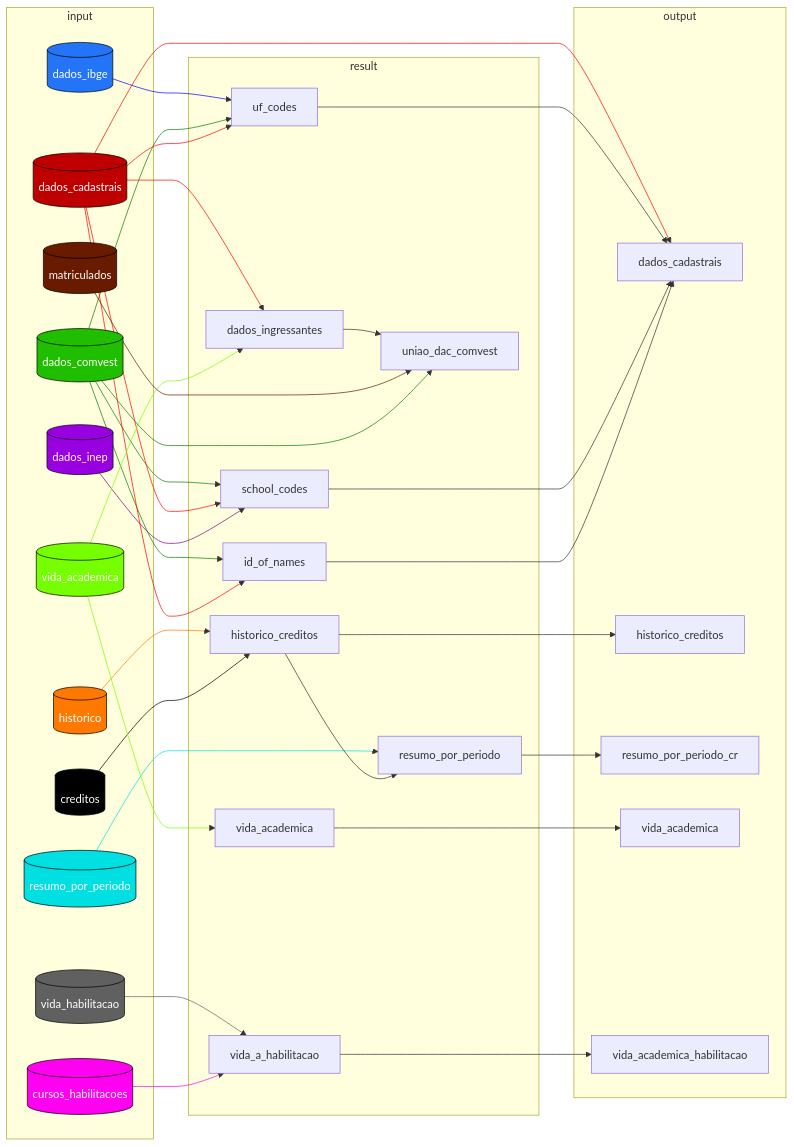
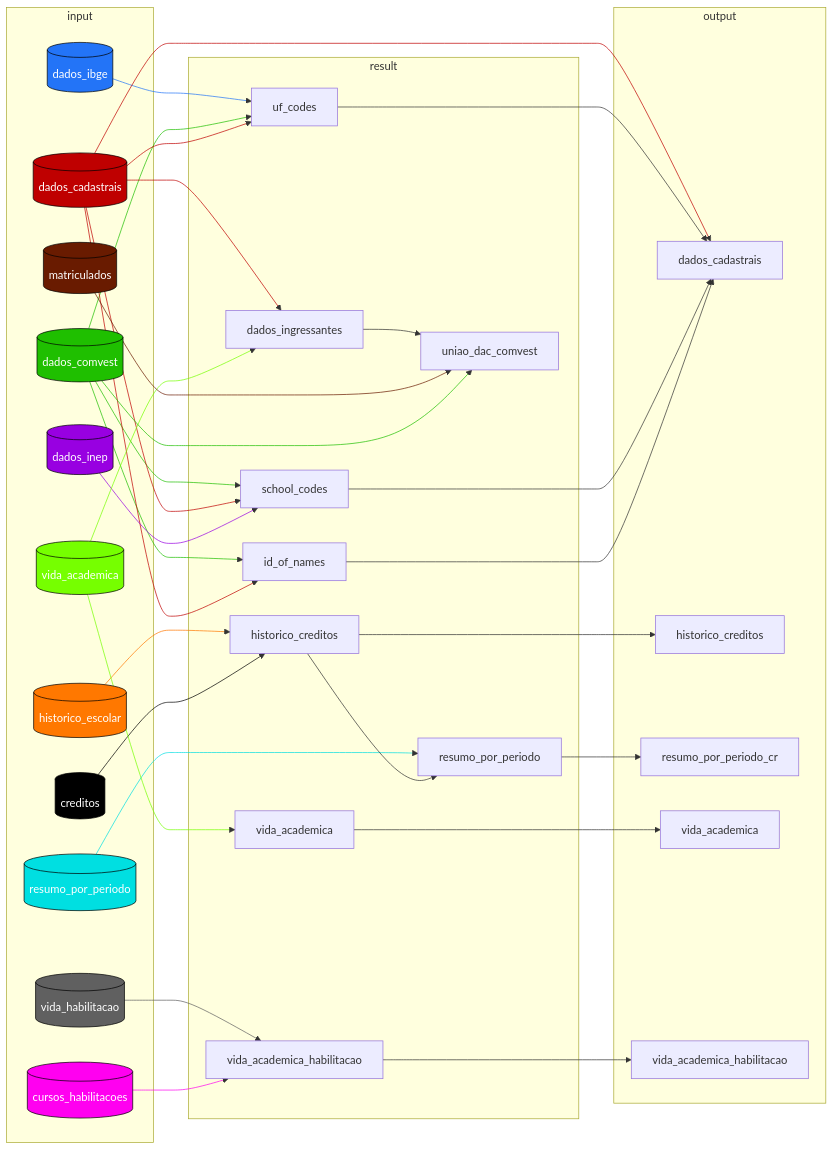
The diagram in dac/dac_flowchart.md (rjazevedo/dados-unicamp), drawn with Mermaid before and after one commit.

Commit message:
final version of flowchart

```diff
--- a/dac/dac_flowchart.md
+++ b/dac/dac_flowchart.md
@@ -8,7 +8,7 @@
     dados_cadastrais_pre_e_pos[(dados_cadastrais)]:::red
     dados_inep[(dados_inep)]:::purple
     resumo_por_periodo[(resumo_por_periodo)]:::cian
-    historico_escolar[(historico)]:::orange
+    historico_escolar[(historico_escolar)]:::orange
     creditos[(creditos)]:::black
     vida_academica[(vida_academica)]:::lima
     vida_academica_habilitacao[(vida_habilitacao)]:::gray
@@ -24,7 +24,7 @@
     resumo_periodo_result[resumo_por_periodo]
     vida_academica_result[vida_academica]
     dados_ingressantes[dados_ingressantes]
-    vida_academica_habilitacao_result[vida_a_habilitacao]
+    vida_academica_habilitacao_result[vida_academica_habilitacao]
     uniao_dac_comvest[uniao_dac_comvest]
     end
     
@@ -36,6 +36,7 @@
     vida_academica_habilitacao_output[vida_academica_habilitacao]
     end
 
+    %% dados_cadastrais
     dados_ibge --> ibge_uf_codes
     dados_comvest --> ibge_uf_codes & inep_school_codes & id_of_names
     dados_cadastrais_pre_e_pos --> ibge_uf_codes & inep_school_codes & id_of_names & dados_cadastrais & dados_ingressantes
@@ -44,8 +45,11 @@
     inep_school_codes --> dados_cadastrais
     id_of_names --> dados_cadastrais
 
+    %% resumo por periodo
     resumo_por_periodo --> resumo_periodo_result
     resumo_periodo_result --> resumo_periodo_cr
+
+    %% historico escolar
     historico_escolar --> historico_creditos
     creditos --> historico_creditos
     historico_creditos --> historico_creditos_output
@@ -80,13 +84,13 @@
     classDef brown fill: #691B00, stroke: #000, stroke-with: 2px, color: #fff
 
     %% Esquema de cores das setas
-    linkStyle 0 stroke : blue
-    linkStyle 1,2,3,27 stroke : green
-    linkStyle 4,5,6,7,8 stroke : red
-    linkStyle 9 stroke : purple
+    linkStyle 0 stroke :#2374f7
+    linkStyle 1,2,3,27 stroke :#1FBF00
+    linkStyle 4,5,6,7,8 stroke :#BF0000
+    linkStyle 9 stroke :#9800E1
     linkStyle 13 stroke :#00DFE1
     linkStyle 15 stroke :#FF7800
-    linkStyle 16 stroke :black
+    linkStyle 16 stroke :#000000
     linkStyle 19,21 stroke :#76FF00
     linkStyle 22 stroke :#606060
     linkStyle 23 stroke :#FF00F0
```
